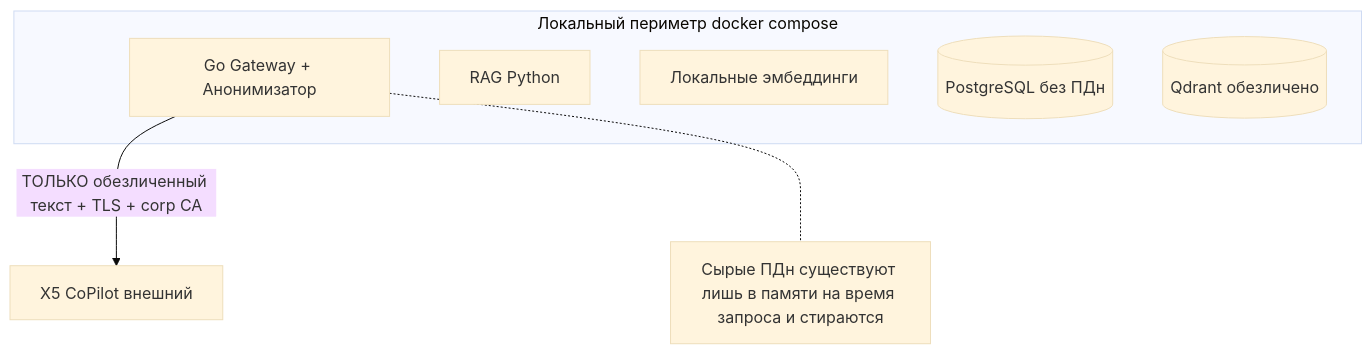
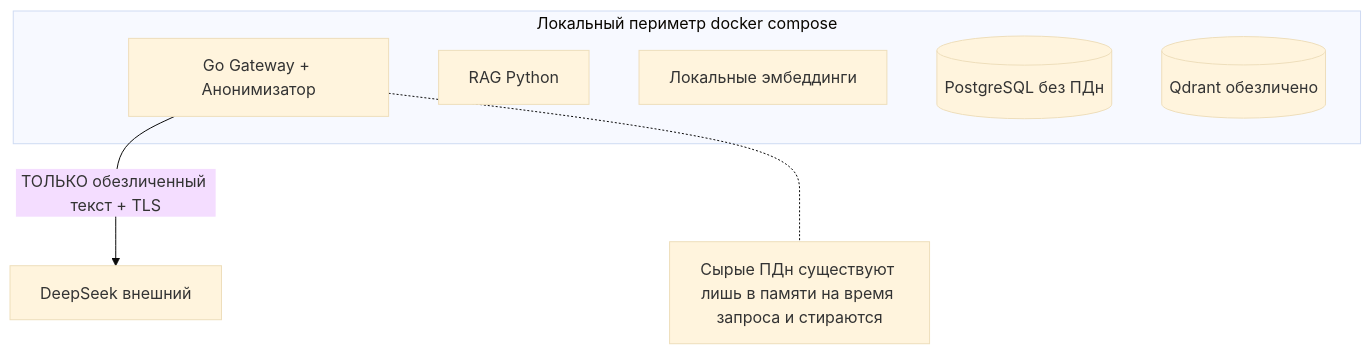
The second of 2 diagrams in docs/09_security_privacy.md (kemberl1/psynote), drawn with Mermaid (base theme) before and after one commit. The commit also changed other lines of this file and 27 other files, not shown here.

First line of the commit message:
feat: переключить LLM на DeepSeek вместо X5/Gemini

````diff
--- a/docs/09_security_privacy.md
+++ b/docs/09_security_privacy.md
@@ -75,14 +75,14 @@
 ```mermaid
 flowchart TB
     subgraph Локальный периметр  docker compose
       GW[Go Gateway + Анонимизатор]
       RAG[RAG Python]
       EMB[Локальные эмбеддинги]
       PG[(PostgreSQL  без ПДн)]
       QD[(Qdrant  обезличено)]
     end
-    LLM[X5 CoPilot  внешний]
-    GW -->|ТОЛЬКО обезличенный текст + TLS + corp CA| LLM
+    LLM[DeepSeek  внешний]
+    GW -->|ТОЛЬКО обезличенный текст + TLS| LLM
     note[Сырые ПДн существуют лишь в памяти на время запроса и стираются]
     GW -.- note
 ```
````
